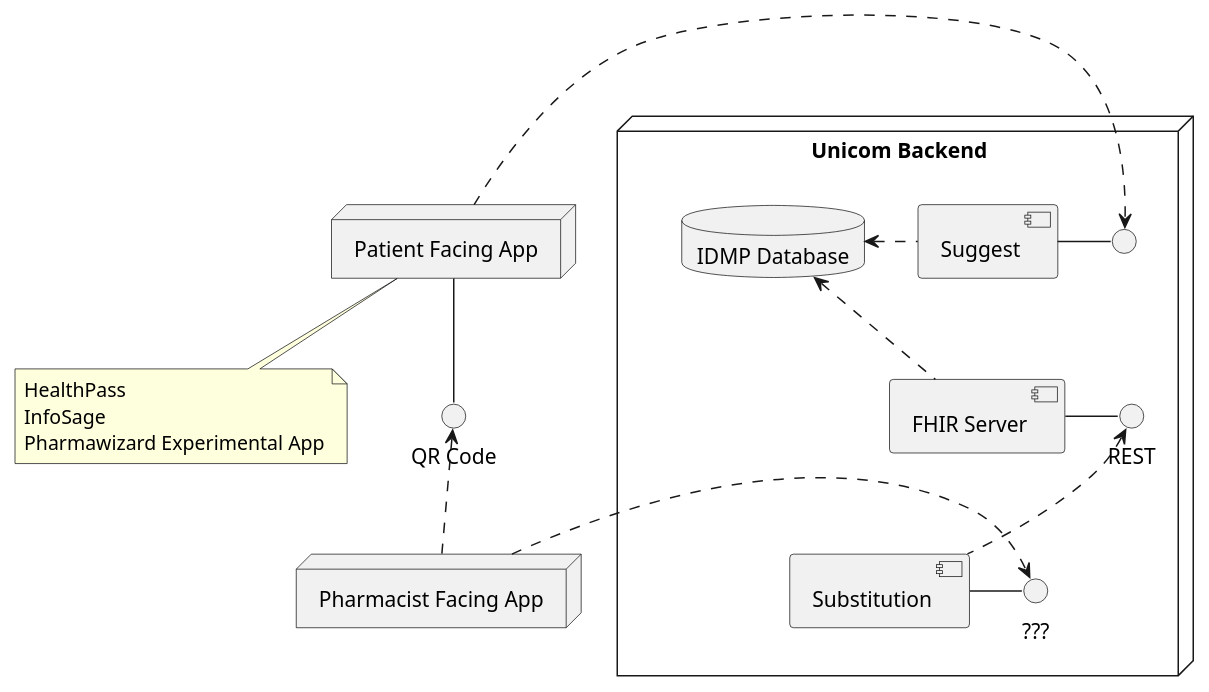
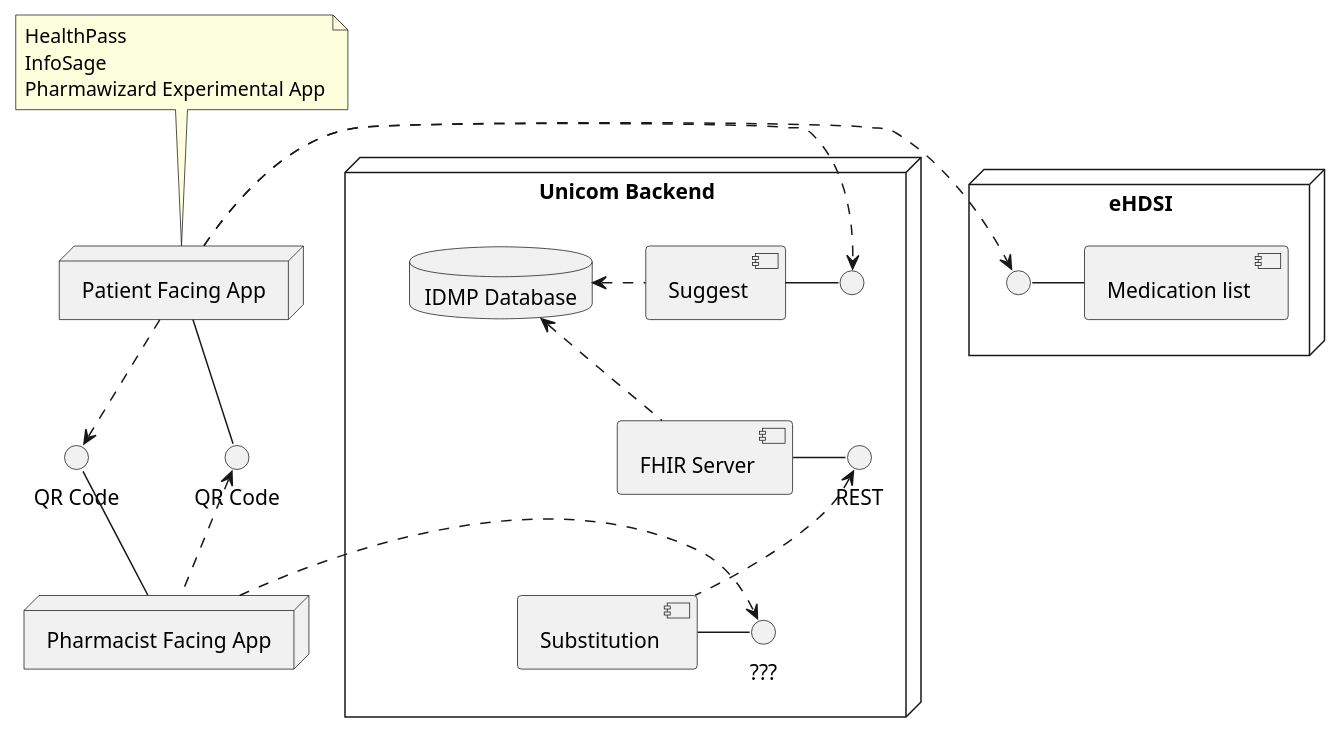
Before and after one commit to unicom-project-eu/wp6-db-api: the diagram in uml/component/component.puml, drawn with PlantUML. The commit also changed 1 other file, not shown here.

Commit message:
Added pharmacist's qrcode and eHDSI

```diff
--- a/uml/component/component.puml
+++ b/uml/component/component.puml
@@ -1,50 +1,69 @@
 @startuml
 
 node "Unicom Backend" as unicomBackend {
     together {
         interface " " as suggestInt
         component "Suggest" as suggest
         suggest - suggestInt
 
         interface REST
         component "FHIR Server" as fhir
         fhir - REST
     }
 
     together {
         component "Substitution" as substitution
         interface "???" as substitutionInt
         substitution - substitutionInt
     }
 
-    database "IDMP Database" as idmpdb
+    database "IDMP Database" as idmpDb
 
-    idmpdb <.r. fhir
-    idmpdb <.r. suggest
+    idmpDb <.r. fhir
+    idmpDb <.r. suggest
     suggest -[hidden]- fhir
     REST <.. substitution
 }
 
 together {
+    interface "QR Code" as qrCodeUser
+    interface "QR Code" as qrCodePharmacist
+}
+
+together {
     node "Patient Facing App" as patientApp {
     }
-    interface "QR Code" as qrCode
-    patientApp -- qrCode
+
+    patientApp .d.> qrCodePharmacist
+    patientApp -d- qrCodeUser
     suggestInt <.l. patientApp
 
     note top of patientApp {
         HealthPass
         InfoSage
         Pharmawizard Experimental App
     }
 }
 
+node "eHDSI" {
+    together {
+        component "Medication list" as medicationList
+
+        interface " " as medicationListInt
+        medicationListInt - medicationList
+    }
+}
+
+patientApp .r.> medicationListInt
+
 together {
     node "Pharmacist Facing App" as pharmacistApp
-    qrCode <.d. pharmacistApp
+
+    qrCodeUser <.d. pharmacistApp
+    qrCodePharmacist -d- pharmacistApp
     substitutionInt <.l. pharmacistApp
 }
 
 unicomBackend -[hidden] patientApp
 
 @enduml
```
